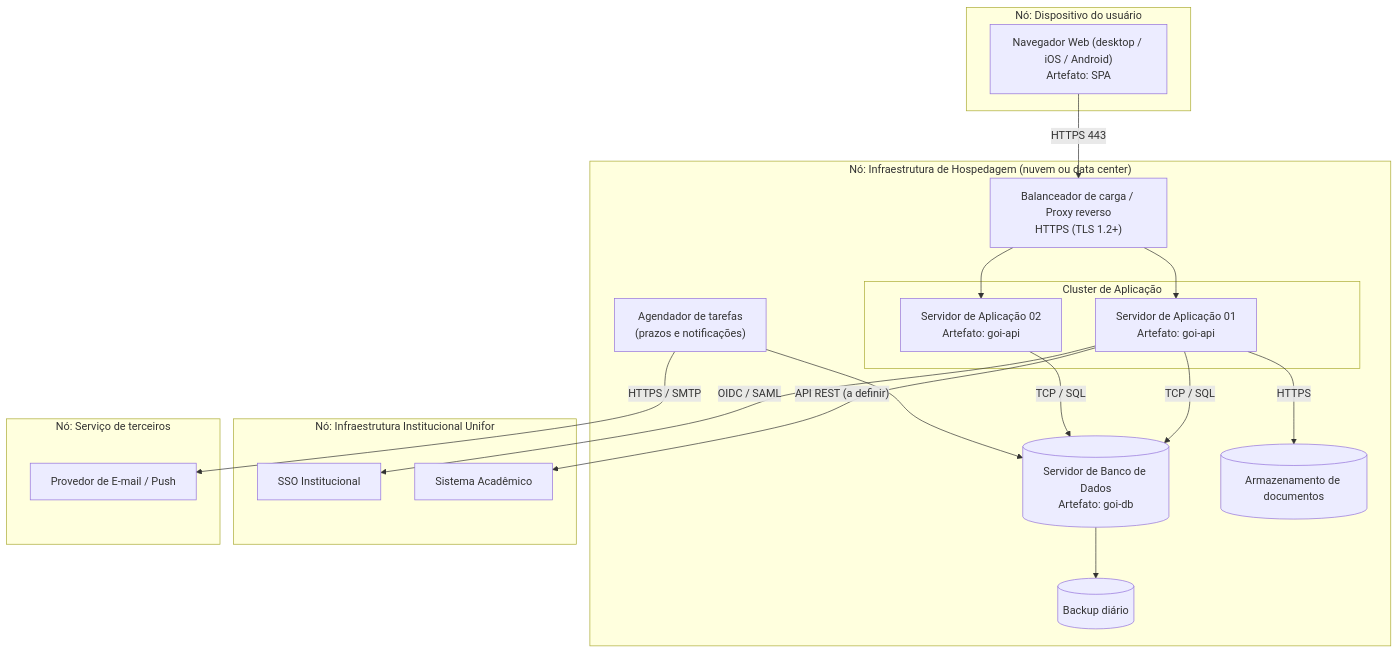
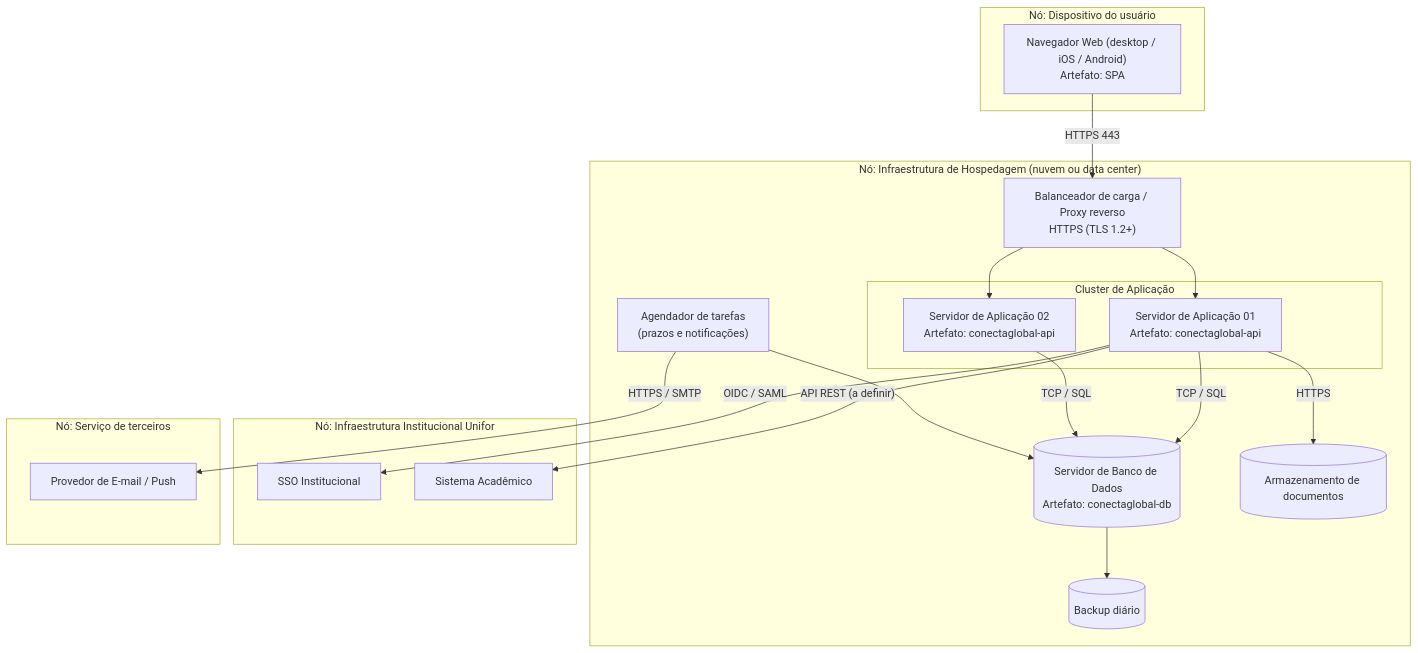
The third of 3 diagrams in uml/diagramas.md (AllisonOliv/requisitos-2026.2--grupo3), drawn with Mermaid before and after one commit. The commit also changed other lines of this file and 2 other files, not shown here.

Commit message:
v3
Novo nome da aplicação e alterações que estavam relacionadas a ele.

````diff
--- a/uml/diagramas.md
+++ b/uml/diagramas.md
@@ -148,39 +148,39 @@
 ```mermaid
 flowchart TB
     subgraph USR["Nó: Dispositivo do usuário"]
         BR["Navegador Web (desktop / iOS / Android)<br/>Artefato: SPA"]
     end
 
     subgraph NUV["Nó: Infraestrutura de Hospedagem (nuvem ou data center)"]
         LB["Balanceador de carga / Proxy reverso<br/>HTTPS (TLS 1.2+)"]
         subgraph CL["Cluster de Aplicação"]
-            APP1["Servidor de Aplicação 01<br/>Artefato: goi-api"]
-            APP2["Servidor de Aplicação 02<br/>Artefato: goi-api"]
+            APP1["Servidor de Aplicação 01<br/>Artefato: conectaglobal-api"]
+            APP2["Servidor de Aplicação 02<br/>Artefato: conectaglobal-api"]
         end
         JOB["Agendador de tarefas<br/>(prazos e notificações)"]
-        DBS[("Servidor de Banco de Dados<br/>Artefato: goi-db")]
+        DBS[("Servidor de Banco de Dados<br/>Artefato: conectaglobal-db")]
         STO[("Armazenamento de documentos")]
         BKP[("Backup diário")]
     end
 
     subgraph INS["Nó: Infraestrutura Institucional Unifor"]
         IDP["SSO Institucional"]
         SAC["Sistema Acadêmico"]
     end
 
     subgraph TER["Nó: Serviço de terceiros"]
         MAIL["Provedor de E-mail / Push"]
     end
 
     BR -->|"HTTPS 443"| LB
     LB --> APP1
     LB --> APP2
     APP1 -->|"TCP / SQL"| DBS
     APP2 -->|"TCP / SQL"| DBS
     APP1 -->|"HTTPS"| STO
     JOB --> DBS
     JOB -->|"HTTPS / SMTP"| MAIL
     APP1 -->|"OIDC / SAML"| IDP
     APP1 -->|"API REST (a definir)"| SAC
     DBS --> BKP
 ```
````
